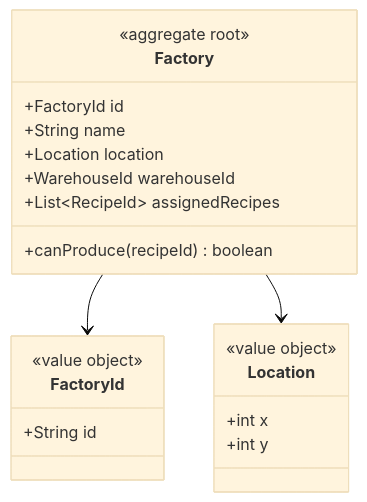
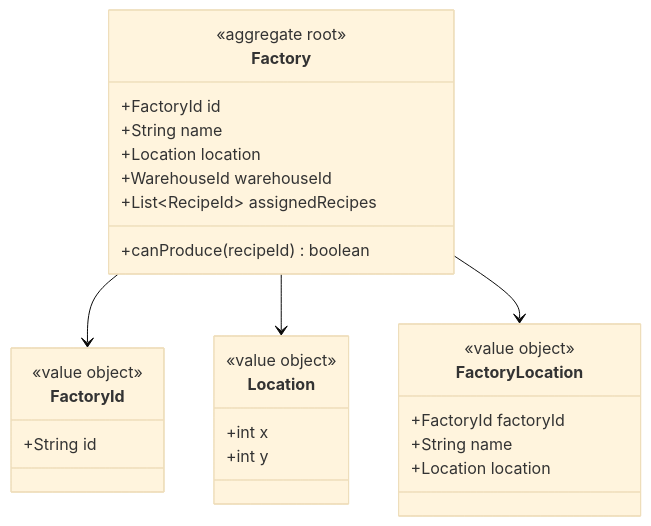
One commit to PauLopNun/workshop-suministros changed the first of 6 diagrams in production/ddd.md. Above: the diagram before and after it, drawn with Mermaid (base theme).

Commit message:
docs: add factorylocation

````diff
--- a/production/ddd.md
+++ b/production/ddd.md
@@ -9,23 +9,30 @@
 ```mermaid
 classDiagram
     class Factory {
         <<aggregate root>>
         +FactoryId id
         +String name
         +Location location
         +WarehouseId warehouseId
         +List~RecipeId~ assignedRecipes
         +canProduce(recipeId) boolean
     }
     class FactoryId {
         <<value object>>
         +String id
     }
     class Location {
         <<value object>>
         +int x
         +int y
     }
+    class FactoryLocation {
+        <<value object>>
+        +FactoryId factoryId
+        +String name
+        +Location location
+    }
     Factory --> FactoryId
     Factory --> Location
+    Factory --> FactoryLocation
 ```
````
